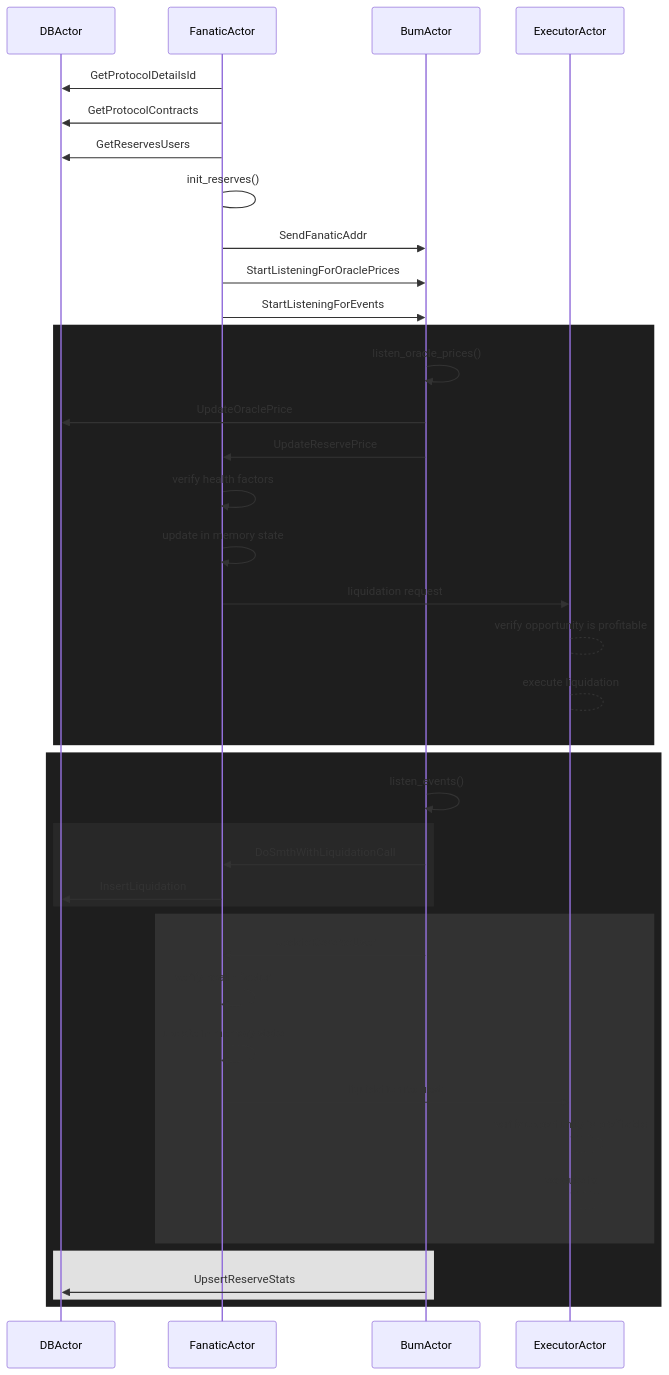
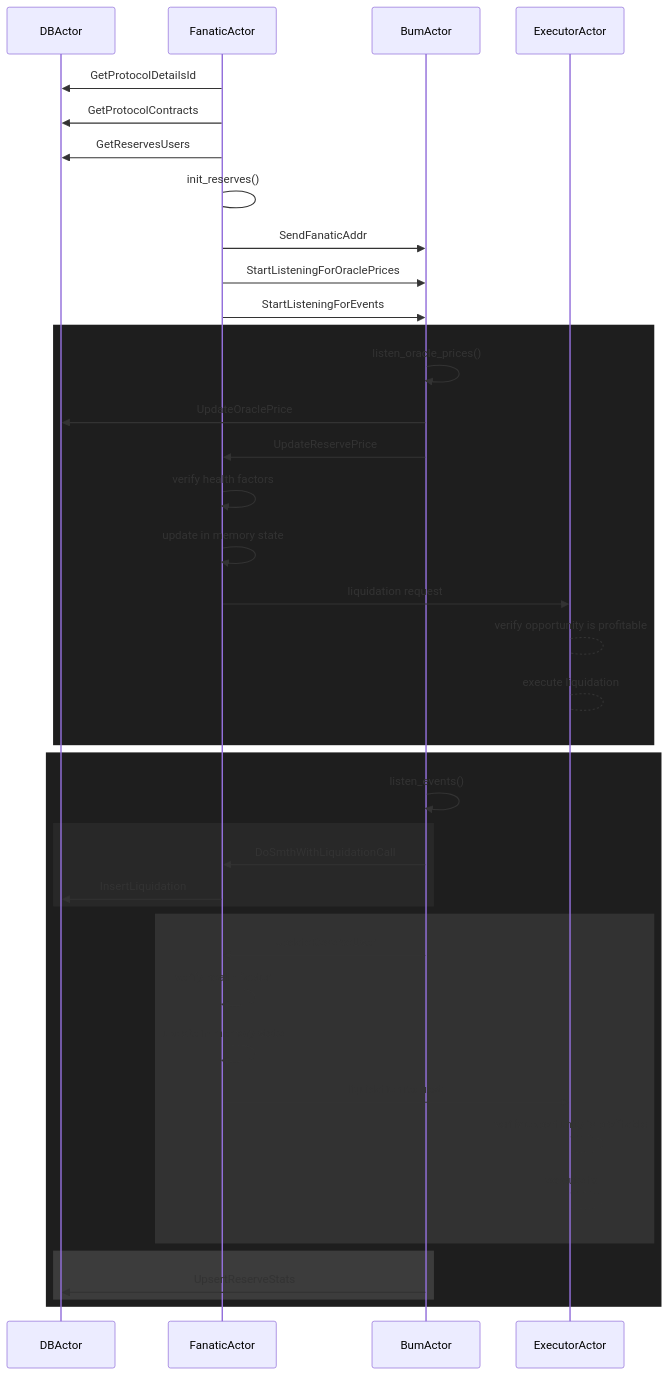
The first of 2 diagrams in README.md (b1u3h4t/aave-liquidation), drawn with Mermaid before and after one commit.

Commit message:
adjust mermaid diagram RGB

````diff
--- a/README.md
+++ b/README.md
@@ -51,50 +51,50 @@
 ```mermaid
 sequenceDiagram
 
 participant DB as DBActor
 participant Fanatic as FanaticActor
 participant Bum as BumActor
 participant Executor as ExecutorActor
 
 Fanatic ->> DB: GetProtocolDetailsId
 Fanatic ->> DB: GetProtocolContracts
 Fanatic ->> DB: GetReservesUsers
 
 Fanatic -> Fanatic: init_reserves()
 
 Fanatic ->> Bum: SendFanaticAddr
 Fanatic ->> Bum: StartListeningForOraclePrices
 Fanatic ->> Bum: StartListeningForEvents
 
 rect rgb(30, 30, 30)
     Bum ->> Bum: listen_oracle_prices()
     Bum ->> DB: UpdateOraclePrice
     Bum ->> Fanatic: UpdateReservePrice
     Fanatic ->> Fanatic: verify health factors
     Fanatic ->> Fanatic: update in memory state
     Fanatic ->> Executor: liquidation request
     Executor --> Executor: verify opportunity is profitable
     Executor --> Executor: execute liquidation
 end
 
 rect rgb(30, 30, 30)
     Bum ->> Bum: listen_events()
     rect rgb(40, 40, 40)
         Bum ->> Fanatic: DoSmthWithLiquidationCall
         Fanatic ->> DB: InsertLiquidation
     end
 
     rect rgb(50, 50, 50)
         Bum ->> Fanatic: UpdateReserveUser
         Fanatic ->> Fanatic: verify health factor
         Fanatic ->> Fanatic: update in memory state
         Fanatic ->> Executor: liquidation request
         Executor --> Executor: verify opportunity is profitable
         Executor --> Executor: execute tx
     end
 
-    rect rgb(225, 225, 225)
+    rect rgb(60, 60, 60)
         Bum ->> DB: UpsertReserveStats
     end
 end
 ```
````
